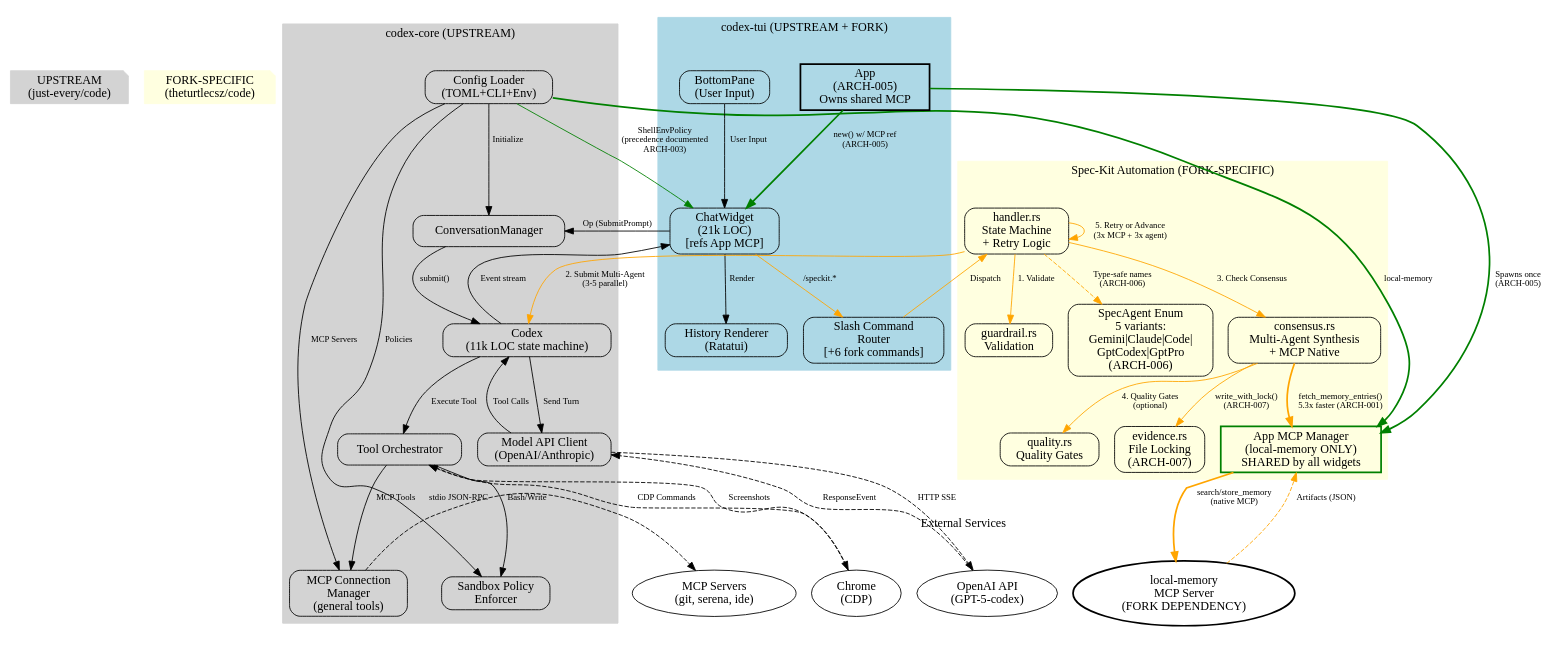
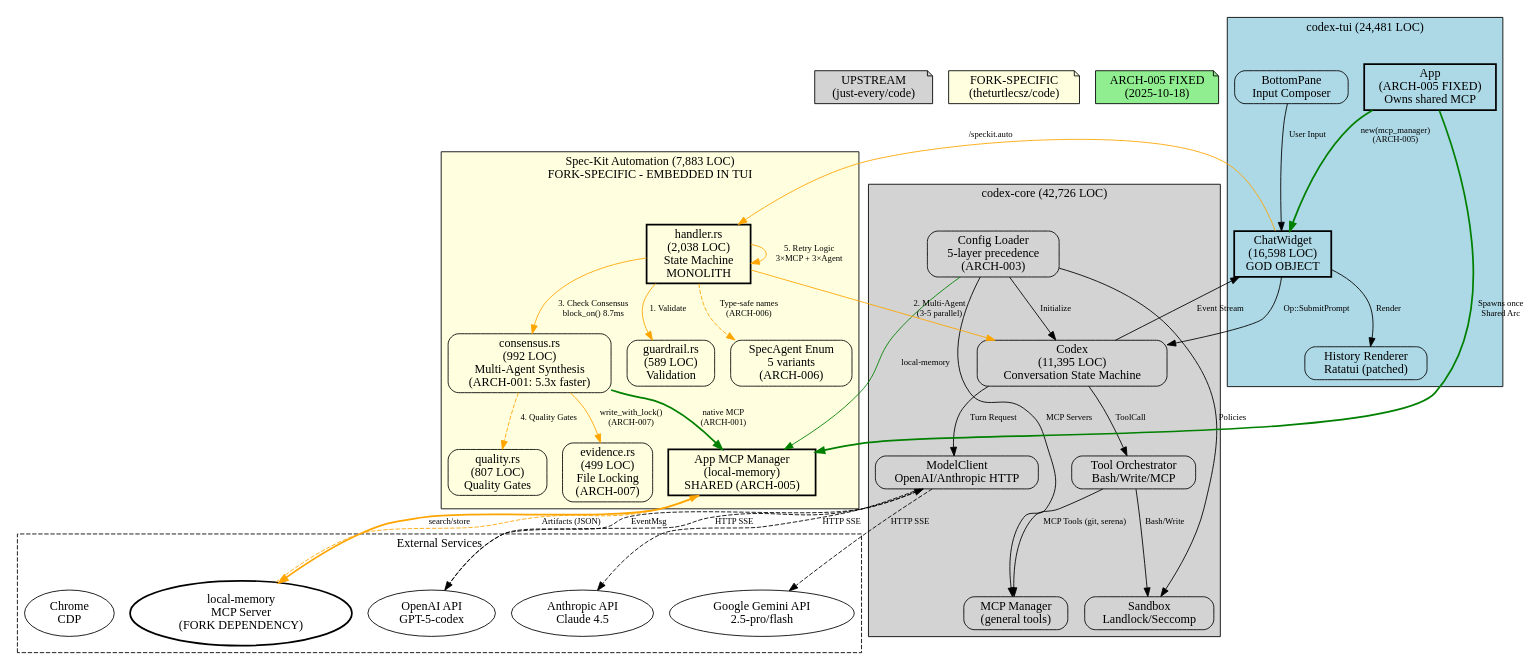
The diagram in codex-rs/REVIEW.md (just-every/code), drawn with Graphviz before and after one commit. The commit also changed other lines of this file, not shown here.

First line of the commit message:
docs(arch): comprehensive architecture review - workspace analysis and technical debt roadmap

````diff
--- a/codex-rs/REVIEW.md
+++ b/codex-rs/REVIEW.md
@@ -479,116 +752,111 @@
   node [shape=rectangle, style=rounded];
   edge [fontsize=10];
 
-  // Legend
-  LegendUpstream [label="UPSTREAM\n(just-every/code)", shape=note, style=filled, color=lightgrey];
-  LegendFork [label="FORK-SPECIFIC\n(theturtlecsz/code)", shape=note, style=filled, color=lightyellow];
+  // ========== Legend ==========
+  LegendUpstream [label="UPSTREAM\n(just-every/code)", shape=note, style=filled, fillcolor=lightgrey];
+  LegendFork [label="FORK-SPECIFIC\n(theturtlecsz/code)", shape=note, style=filled, fillcolor=lightyellow];
+  LegendFixed [label="ARCH-005 FIXED\n(2025-10-18)", shape=note, style=filled, fillcolor=lightgreen];
 
   // ========== Core Subsystem (UPSTREAM) ==========
   subgraph cluster_core {
-    label="codex-core (UPSTREAM)";
+    label="codex-core (42,726 LOC)";
     style=filled;
-    color=lightgrey;
+    fillcolor=lightgrey;
 
-    ConvMgr [label="ConversationManager"];
-    Codex [label="Codex\n(11k LOC state machine)"];
-    ModelClient [label="Model API Client\n(OpenAI/Anthropic)"];
-    ToolOrch [label="Tool Orchestrator"];
-    McpMgrCore [label="MCP Connection\nManager\n(general tools)"];
-    Config [label="Config Loader\n(TOML+CLI+Env)"];
-    Sandbox [label="Sandbox Policy\nEnforcer"];
+    Codex [label="Codex\n(11,395 LOC)\nConversation State Machine", fillcolor=white];
+    ModelClient [label="ModelClient\nOpenAI/Anthropic HTTP", fillcolor=white];
+    ToolOrch [label="Tool Orchestrator\nBash/Write/MCP", fillcolor=white];
+    McpMgrCore [label="MCP Manager\n(general tools)", fillcolor=white];
+    Config [label="Config Loader\n5-layer precedence\n(ARCH-003)", fillcolor=white];
+    Sandbox [label="Sandbox\nLandlock/Seccomp", fillcolor=white];
   }
 
   // ========== TUI Subsystem (UPSTREAM + FORK) ==========
   subgraph cluster_tui {
-    label="codex-tui (UPSTREAM + FORK)";
+    label="codex-tui (24,481 LOC)";
     style=filled;
-    color=lightblue;
+    fillcolor=lightblue;
 
-    App [label="App\n(ARCH-005)\nOwns shared MCP", style=bold];
-    ChatWidget [label="ChatWidget\n(21k LOC)\n[refs App MCP]"];
-    BottomPane [label="BottomPane\n(User Input)"];
-    HistoryRender [label="History Renderer\n(Ratatui)"];
-    SlashRouter [label="Slash Command\nRouter\n[+6 fork commands]"];
+    App [label="App\n(ARCH-005 FIXED)\nOwns shared MCP", fillcolor=lightgreen, style=bold];
+    ChatWidget [label="ChatWidget\n(16,598 LOC)\nGOD OBJECT", fillcolor=orange, style=bold];
+    BottomPane [label="BottomPane\nInput Composer", fillcolor=white];
+    HistoryRender [label="History Renderer\nRatatui (patched)", fillcolor=yellow];
   }
 
-  // ========== Spec-Kit (FORK-SPECIFIC) ==========
+  // ========== Spec-Kit (FORK-SPECIFIC - NEEDS EXTRACTION) ==========
   subgraph cluster_speckit {
-    label="Spec-Kit Automation (FORK-SPECIFIC)";
+    label="Spec-Kit Automation (7,883 LOC)\nFORK-SPECIFIC - EMBEDDED IN TUI";
     style=filled;
-    color=lightyellow;
+    fillcolor=lightyellow;
 
-    SpecHandler [label="handler.rs\nState Machine\n+ Retry Logic"];
-    Consensus [label="consensus.rs\nMulti-Agent Synthesis\n+ MCP Native"];
-    Quality [label="quality.rs\nQuality Gates"];
-    Guardrail [label="guardrail.rs\nValidation"];
-    Evidence [label="evidence.rs\nFile Locking\n(ARCH-007)"];
-    AgentEnum [label="SpecAgent Enum\n5 variants:\nGemini|Claude|Code|\nGptCodex|GptPro\n(ARCH-006)"];
-    McpMgrApp [label="App MCP Manager\n(local-memory ONLY)\nSHARED by all widgets", style=bold, color=green];
+    Handler [label="handler.rs\n(2,038 LOC)\nState Machine\nMONOLITH", fillcolor=orange, style=bold];
+    Consensus [label="consensus.rs\n(992 LOC)\nMulti-Agent Synthesis\n(ARCH-001: 5.3x faster)", fillcolor=lightgreen];
+    Quality [label="quality.rs\n(807 LOC)\nQuality Gates", fillcolor=white];
+    Guardrail [label="guardrail.rs\n(589 LOC)\nValidation", fillcolor=white];
+    Evidence [label="evidence.rs\n(499 LOC)\nFile Locking\n(ARCH-007)", fillcolor=lightgreen];
+    AgentEnum [label="SpecAgent Enum\n5 variants\n(ARCH-006)", fillcolor=lightgreen];
+    McpMgrApp [label="App MCP Manager\n(local-memory)\nSHARED (ARCH-005)", fillcolor=lightgreen, style=bold];
   }
 
   // ========== External Services ==========
   subgraph cluster_external {
     label="External Services";
     style=dashed;
-    color=white;
+    fillcolor=white;
 
-    OpenAI [label="OpenAI API\n(GPT-5-codex)", shape=ellipse];
-    LocalMem [label="local-memory\nMCP Server\n(FORK DEPENDENCY)", shape=ellipse, style=bold];
-    ChromeCDP [label="Chrome\n(CDP)", shape=ellipse];
-    McpServers [label="MCP Servers\n(git, serena, ide)", shape=ellipse];
+    OpenAI [label="OpenAI API\nGPT-5-codex", shape=ellipse, fillcolor=white];
+    Anthropic [label="Anthropic API\nClaude 4.5", shape=ellipse, fillcolor=white];
+    Gemini [label="Google Gemini API\n2.5-pro/flash", shape=ellipse, fillcolor=white];
+    LocalMem [label="local-memory\nMCP Server\n(FORK DEPENDENCY)", shape=ellipse, fillcolor=lightyellow, style=bold];
+    ChromeCDP [label="Chrome\nCDP", shape=ellipse, fillcolor=white];
   }
 
-  // ========== Core Data Flow (UPSTREAM) ==========
-  App -> ChatWidget [label="new() w/ MCP ref\n(ARCH-005)", color=green, style=bold];
-  App -> McpMgrApp [label="Spawns once\n(ARCH-005)", color=green, style=bold];
+  // ========== Data Flow ==========
+  App -> ChatWidget [label="new(mcp_manager)\n(ARCH-005)", color=green, style=bold];
+  App -> McpMgrApp [label="Spawns once\nShared Arc", color=green, style=bold];
+
   BottomPane -> ChatWidget [label="User Input"];
-  ChatWidget -> ConvMgr [label="Op (SubmitPrompt)"];
-  ConvMgr -> Codex [label="submit()"];
-  Codex -> ModelClient [label="Send Turn"];
+  ChatWidget -> Codex [label="Op::SubmitPrompt"];
+  Codex -> ModelClient [label="Turn Request"];
   ModelClient -> OpenAI [label="HTTP SSE", style=dashed];
-  OpenAI -> ModelClient [label="ResponseEvent", style=dashed];
-  ModelClient -> Codex [label="Tool Calls"];
-  Codex -> ToolOrch [label="Execute Tool"];
-  ToolOrch -> McpMgrCore [label="MCP Tools"];
-  McpMgrCore -> McpServers [label="stdio JSON-RPC", style=dashed];
+  ModelClient -> Anthropic [label="HTTP SSE", style=dashed];
+  ModelClient -> Gemini [label="HTTP SSE", style=dashed];
+  OpenAI -> ModelClient [label="EventMsg", style=dashed];
+
+  Codex -> ToolOrch [label="ToolCall"];
+  ToolOrch -> McpMgrCore [label="MCP Tools (git, serena)"];
   ToolOrch -> Sandbox [label="Bash/Write"];
-  Codex -> ChatWidget [label="Event stream"];
+  Codex -> ChatWidget [label="Event Stream"];
   ChatWidget -> HistoryRender [label="Render"];
 
-  // ========== Spec-Kit Flow (FORK-SPECIFIC) ==========
-  ChatWidget -> SlashRouter [label="/speckit.*", color=orange];
-  SlashRouter -> SpecHandler [label="Dispatch", color=orange];
-  SpecHandler -> Guardrail [label="1. Validate", color=orange];
-  SpecHandler -> Codex [label="2. Submit Multi-Agent\n(3-5 parallel)", color=orange];
-  SpecHandler -> Consensus [label="3. Check Consensus", color=orange];
-  Consensus -> McpMgrApp [label="fetch_memory_entries()\n5.3x faster (ARCH-001)", color=orange, style=bold];
-  McpMgrApp -> LocalMem [label="search/store_memory\n(native MCP)", color=orange, style=bold];
+  // ========== Spec-Kit Flow (FORK) ==========
+  ChatWidget -> Handler [label="/speckit.auto", color=orange];
+  Handler -> Guardrail [label="1. Validate", color=orange];
+  Handler -> Codex [label="2. Multi-Agent\n(3-5 parallel)", color=orange];
+  Handler -> Consensus [label="3. Check Consensus\nblock_on() 8.7ms", color=orange];
+  Consensus -> McpMgrApp [label="native MCP\n(ARCH-001)", color=green, style=bold];
+  McpMgrApp -> LocalMem [label="search/store", color=orange, style=bold];
   LocalMem -> McpMgrApp [label="Artifacts (JSON)", style=dashed, color=orange];
-  Consensus -> Quality [label="4. Quality Gates\n(optional)", color=orange];
   Consensus -> Evidence [label="write_with_lock()\n(ARCH-007)", color=orange];
-  SpecHandler -> SpecHandler [label="5. Retry or Advance\n(3x MCP + 3x agent)", color=orange];
-  SpecHandler -> AgentEnum [label="Type-safe names\n(ARCH-006)", color=orange, style=dashed];
+  Consensus -> Quality [label="4. Quality Gates", color=orange, style=dashed];
+  Handler -> Handler [label="5. Retry Logic\n3×MCP + 3×Agent", color=orange];
+  Handler -> AgentEnum [label="Type-safe names\n(ARCH-006)", color=orange, style=dashed];
 
   // ========== MCP Architecture Notes ==========
   // ARCH-005 Resolution: App-level MCP spawn eliminates process multiplication
   //  - Before: N widgets × 1 local-memory process each = N processes
   //  - After: 1 App × 1 local-memory process = 1 process (shared via Arc)
   //  - Forked/backtracked sessions reuse App's MCP manager
-  //
-  // ARCH-001: Native MCP calls replace subprocess (5.3x performance improvement)
-  //  - MCP retry: 3 attempts, 100ms→200ms→400ms exponential backoff
-  //  - Agent retry: 3 attempts per stage (SPEC_AUTO_AGENT_RETRY_ATTEMPTS)
-  //  - Fallback: File-based evidence if MCP unavailable
 
-  // ========== Browser Integration (UPSTREAM) ==========
-  ToolOrch -> ChromeCDP [label="CDP Commands", style=dashed];
-  ChromeCDP -> ToolOrch [label="Screenshots", style=dashed];
+  // ========== Configuration ==========
+  Config -> Codex [label="Initialize"];
+  Config -> McpMgrCore [label="MCP Servers"];
+  Config -> McpMgrApp [label="local-memory", color=green];
+  Config -> Sandbox [label="Policies"];
 
-  // ========== Configuration (UPSTREAM + FORK) ==========
-  Config -> ConvMgr [label="Initialize"];
-  Config -> McpMgrCore [label="MCP Servers"];
-  Config -> McpMgrApp [label="local-memory", color=green, style=bold];
-  Config -> Sandbox [label="Policies"];
-  Config -> ChatWidget [label="ShellEnvPolicy\n(precedence documented\nARCH-003)", color=green];
+  // ========== Critical Issues Highlighted ==========
+  ChatWidget [fillcolor=orange];  // God object
+  Handler [fillcolor=orange];     // Monolith
+  HistoryRender [fillcolor=yellow];  // Custom ratatui patch
 }
 ```
````
